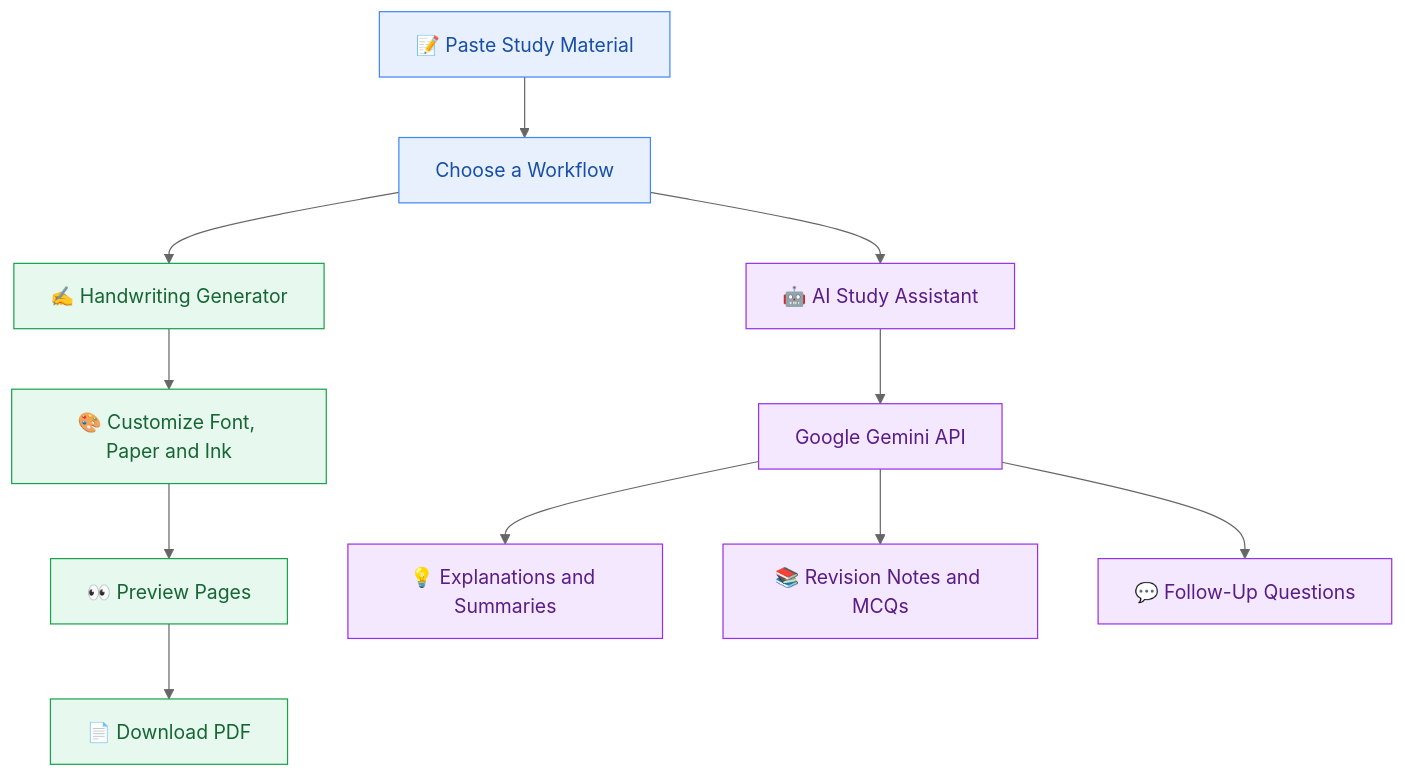
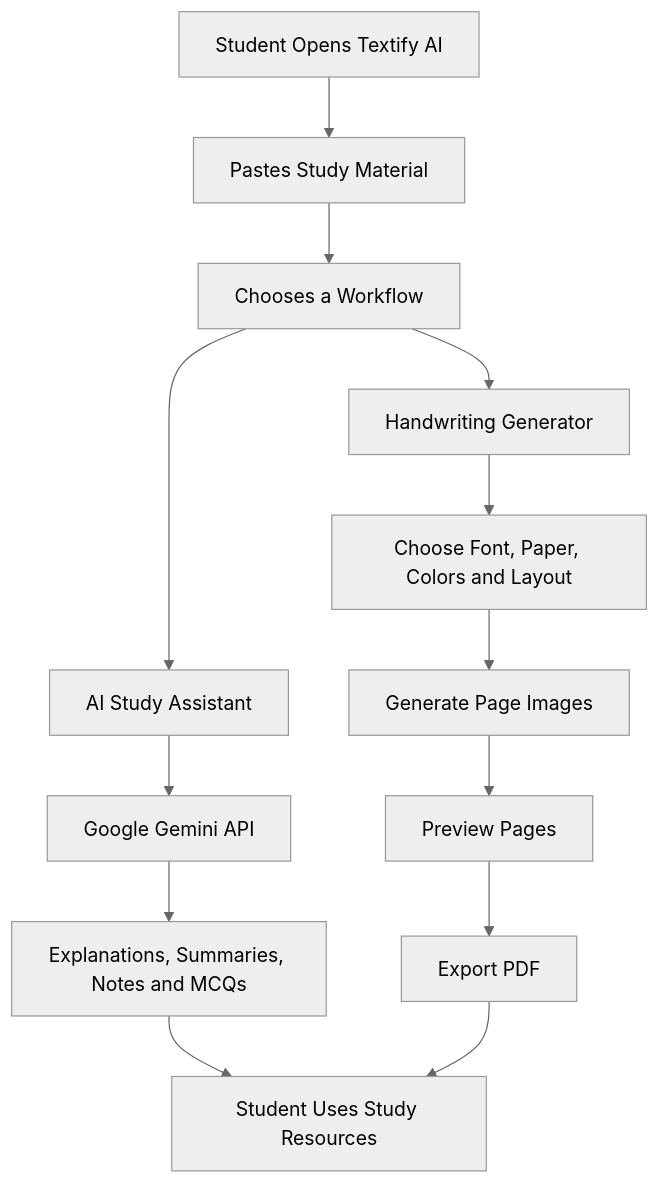
One commit to codewithMeesum/Textify-AI- changed the diagram in README.md. Above: the diagram before and after it, drawn with Mermaid (neutral theme). The commit also changed other lines of this file, not shown here.

````diff
--- a/README.md
+++ b/README.md
@@ -87,24 +64,18 @@
 ```mermaid
 flowchart TD
-    A["📝 Paste Study Material"] --> B["Choose a Workflow"]
+    A[Student Opens Textify AI] --> B[Pastes Study Material]
+    B --> C[Chooses a Workflow]
 
-    B --> C["✍️ Handwriting Generator"]
-    B --> D["🤖 AI Study Assistant"]
+    C --> D[AI Study Assistant]
+    D --> E[Google Gemini API]
+    E --> F[Explanations, Summaries, Notes and MCQs]
 
-    C --> E["🎨 Customize Font, Paper and Ink"]
-    E --> F["👀 Preview Pages"]
-    F --> G["📄 Download PDF"]
+    C --> G[Handwriting Generator]
+    G --> H[Choose Font, Paper, Colors and Layout]
+    H --> I[Generate Page Images]
+    I --> J[Preview Pages]
+    J --> K[Export PDF]
 
-    D --> H["Google Gemini API"]
-    H --> I["💡 Explanations and Summaries"]
-    H --> J["📚 Revision Notes and MCQs"]
-    H --> K["💬 Follow-Up Questions"]
-
-    classDef start fill:#e8f0fe,stroke:#4285f4,color:#174ea6
-    classDef writing fill:#e7f8ee,stroke:#16a34a,color:#166534
-    classDef ai fill:#f3e8ff,stroke:#9333ea,color:#581c87
-
-    class A,B start
-    class C,E,F,G writing
-    class D,H,I,J,K ai
+    F --> L[Student Uses Study Resources]
+    K --> L
 ```
````
